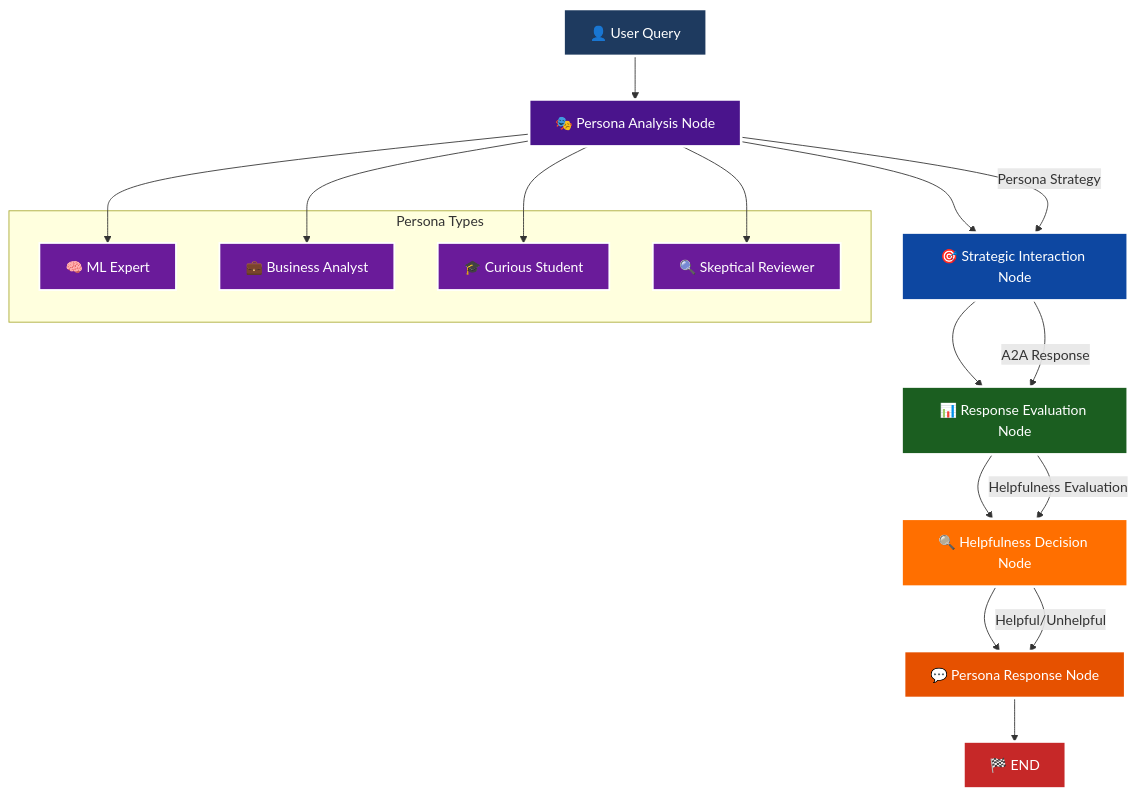
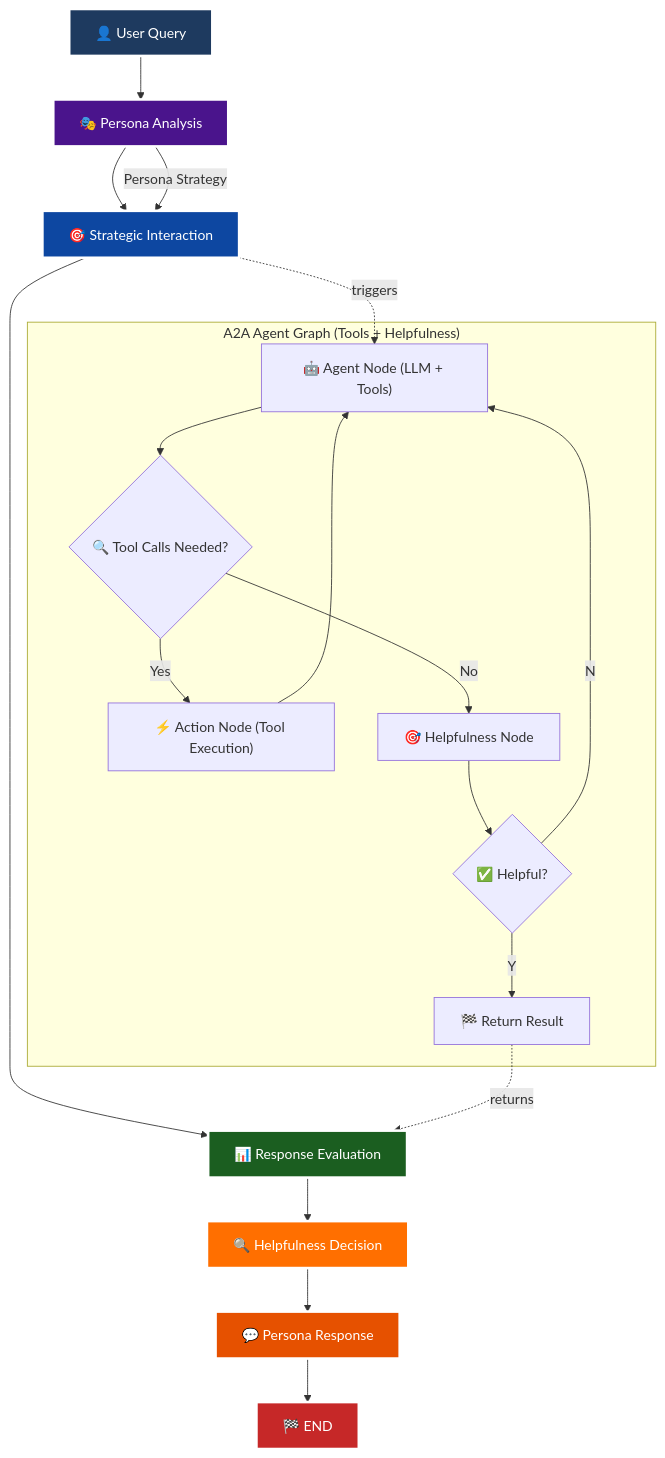
Before and after one commit to eugene2367/AIE7: the third of 3 diagrams in 15_A2A_LangGraph/README.md, drawn with Mermaid. The commit also changed other lines of this file, not shown here.

Commit message:
Docs: Persona flow now delegates to A2A helpfulness graph; update diagram and description

````diff
--- a/15_A2A_LangGraph/README.md
+++ b/15_A2A_LangGraph/README.md
@@ -166,38 +166,32 @@
 ```mermaid
 graph TD
-    A[👤 User Query] --> B[🎭 Persona Analysis Node]
-    B --> C[🎯 Strategic Interaction Node]
-    C --> D[📊 Response Evaluation Node]
-    D --> E[🔍 Helpfulness Decision Node]
-    E --> F[💬 Persona Response Node]
+    A[👤 User Query] --> B[🎭 Persona Analysis]
+    B --> C[🎯 Strategic Interaction]
+    C --> D[📊 Response Evaluation]
+    D --> E[🔍 Helpfulness Decision]
+    E --> F[💬 Persona Response]
     F --> G[🏁 END]
     
     B -->|"Persona Strategy"| C
-    C -->|"A2A Response"| D
-    D -->|"Helpfulness Evaluation"| E
-    E -->|"Helpful/Unhelpful"| F
     
-    subgraph "Persona Types"
-        P1[🧠 ML Expert]
-        P2[💼 Business Analyst]
-        P3[🎓 Curious Student]
-        P4[🔍 Skeptical Reviewer]
+    subgraph "A2A Agent Graph (Tools + Helpfulness)"
+        A0["🤖 Agent Node (LLM + Tools)"] --> A1{"🔍 Tool Calls Needed?"}
+        A1 -->|Yes| A2["⚡ Action Node (Tool Execution)"]
+        A2 --> A0
+        A1 -->|No| A3["🎯 Helpfulness Node"]
+        A3 --> A4{"✅ Helpful?"}
+        A4 -->|Y| A5["🏁 Return Result"]
+        A4 -->|N| A0
     end
-    
-    B --> P1
-    B --> P2
-    B --> P3
-    B --> P4
+
+    C -. triggers .-> A0
+    A5 -. returns .-> D
     
     style A fill:#1e3a5f,stroke:#ffffff,stroke-width:3px,color:#ffffff
     style B fill:#4a148c,stroke:#ffffff,stroke-width:3px,color:#ffffff
     style C fill:#0d47a1,stroke:#ffffff,stroke-width:3px,color:#ffffff
     style D fill:#1b5e20,stroke:#ffffff,stroke-width:3px,color:#ffffff
     style E fill:#ff6f00,stroke:#ffffff,stroke-width:3px,color:#ffffff
     style F fill:#e65100,stroke:#ffffff,stroke-width:3px,color:#ffffff
     style G fill:#c62828,stroke:#ffffff,stroke-width:3px,color:#ffffff
-    style P1 fill:#6a1b9a,stroke:#ffffff,stroke-width:2px,color:#ffffff
-    style P2 fill:#6a1b9a,stroke:#ffffff,stroke-width:2px,color:#ffffff
-    style P3 fill:#6a1b9a,stroke:#ffffff,stroke-width:2px,color:#ffffff
-    style P4 fill:#6a1b9a,stroke:#ffffff,stroke-width:2px,color:#ffffff
 ```
````
